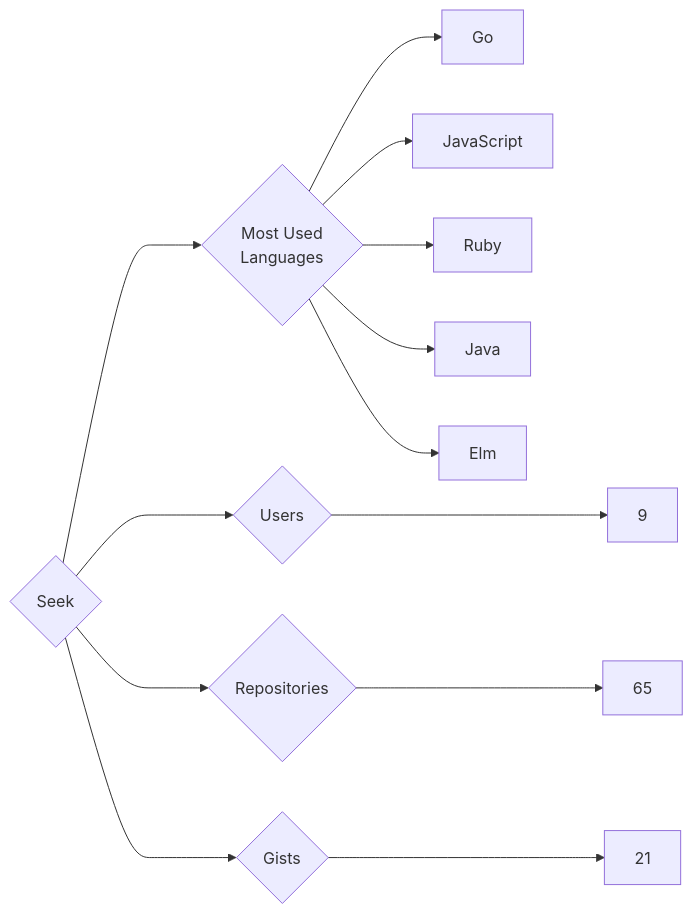
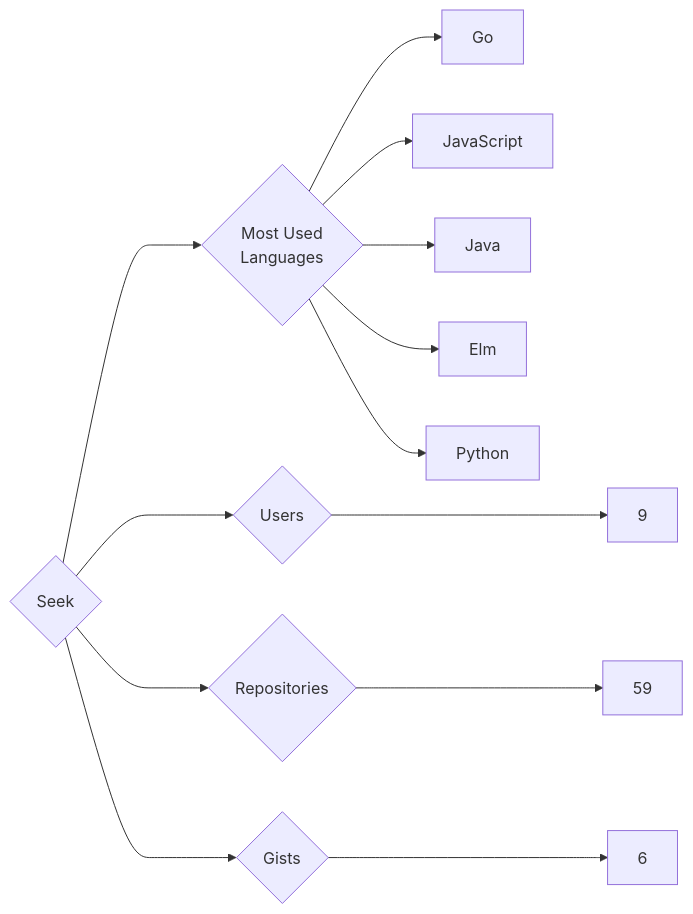
One commit to trickest/insiders changed the diagram in targets/Seek/README.md. Above: the diagram before and after it, drawn with Mermaid. The commit also changed 1496 other files, not shown here.

````diff
--- a/targets/Seek/README.md
+++ b/targets/Seek/README.md
@@ -3,13 +3,13 @@
 ```mermaid
 graph LR
 COMPANY_NAME{Seek}
 COMPANY_NAME ---> U{Users} ---> UN[9]
-COMPANY_NAME ---> R{Repositories} ---> RN[65]
-COMPANY_NAME ---> G{Gists} ---> GN[21]
+COMPANY_NAME ---> R{Repositories} ---> RN[59]
+COMPANY_NAME ---> G{Gists} ---> GN[6]
 COMPANY_NAME ---> ML{Most Used<br>Languages}
 ML --> Go[Go]
 ML --> JavaScript[JavaScript]
-ML --> Ruby[Ruby]
 ML --> Java[Java]
 ML --> Elm[Elm]
+ML --> Python[Python]
 ```
````
